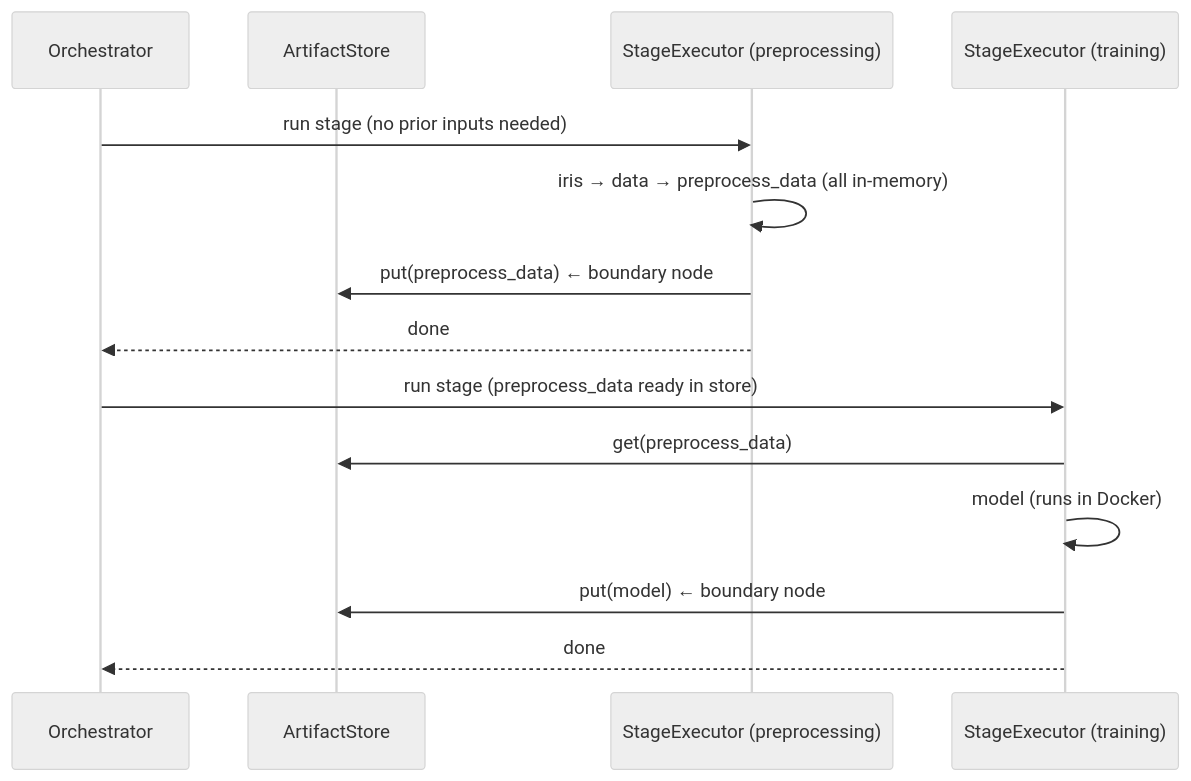
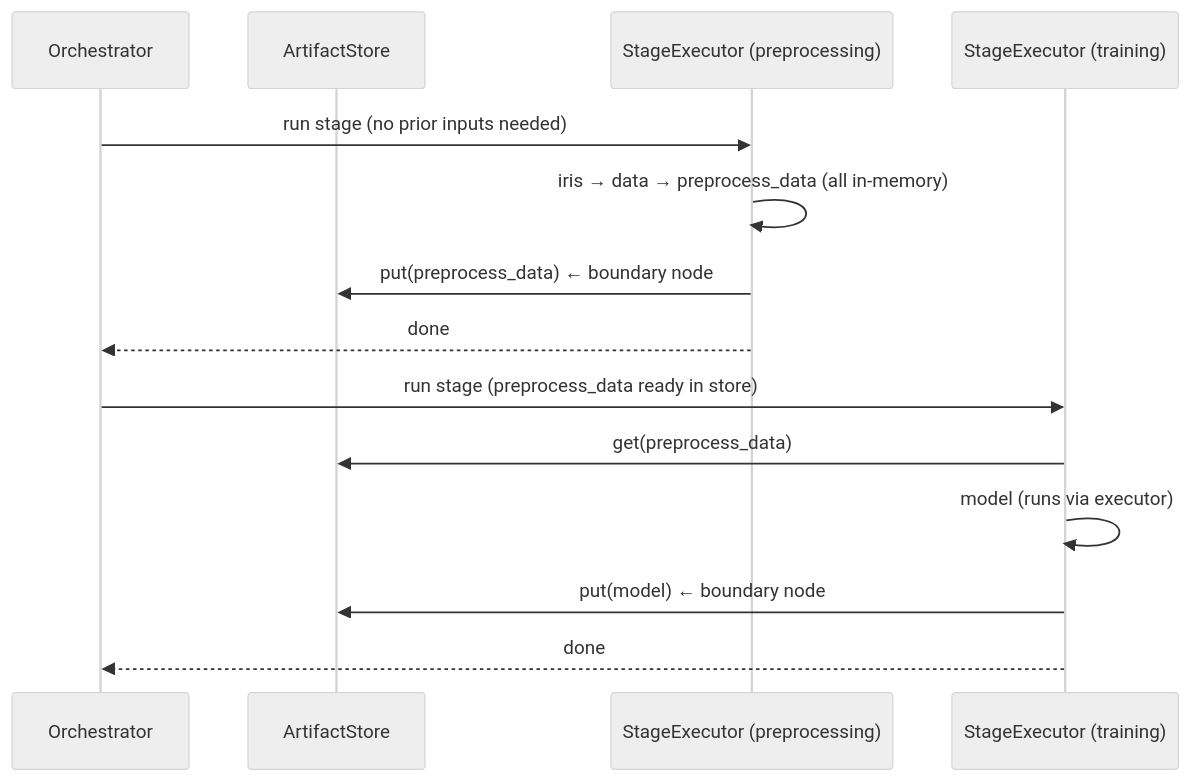
One commit to ganeshhgupta/fn_graph changed the second of 3 diagrams in fn_graph/examples/solution/README.md. Above: the diagram before and after it, drawn with Mermaid (neutral theme). The commit also changed other lines of this file and 6 other files, not shown here.

First line of the commit message:
docs: update all solution MD files for PersistentDockerExecutor and deploy/ refactor

````diff
--- a/fn_graph/examples/solution/README.md
+++ b/fn_graph/examples/solution/README.md
@@ -35,18 +37,18 @@
 ```mermaid
 sequenceDiagram
     participant O as Orchestrator
     participant A as ArtifactStore
     participant S1 as StageExecutor (preprocessing)
     participant S2 as StageExecutor (training)
 
     O->>S1: run stage (no prior inputs needed)
     S1->>S1: iris → data → preprocess_data (all in-memory)
     S1->>A: put(preprocess_data)  ← boundary node
     S1-->>O: done
 
     O->>S2: run stage (preprocess_data ready in store)
     S2->>A: get(preprocess_data)
-    S2->>S2: model (runs in Docker)
+    S2->>S2: model (runs via executor)
     S2->>A: put(model)  ← boundary node
     S2-->>O: done
 ```
````
